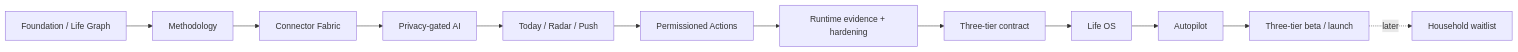
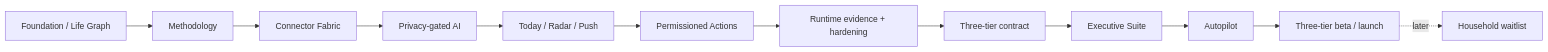
One commit to seq23/aplayer-mode changed the second of 2 diagrams in docs/README.md. Above: the diagram before and after it, drawn with Mermaid. The commit also changed other lines of this file and 47 other files, not shown here.

First line of the commit message:
Rename paid plans: Executive Roundtable, Executive Suite, Autopilot (ADR-0006)

````diff
--- a/docs/README.md
+++ b/docs/README.md
@@ -86,14 +87,14 @@
 ```mermaid
 flowchart LR
   BASE[Foundation / Life Graph] --> METHOD[Methodology]
   METHOD --> CONNECT[Connector Fabric]
   CONNECT --> AI[Privacy-gated AI]
   AI --> PROACTIVE[Today / Radar / Push]
   PROACTIVE --> ACTIONS[Permissioned Actions]
   ACTIONS --> PROOF[Runtime evidence + hardening]
   PROOF --> TIER[Three-tier contract]
-  TIER --> LIFE[Life OS]
+  TIER --> LIFE[Executive Suite]
   LIFE --> AUTO[Autopilot]
   AUTO --> BETA[Three-tier beta / launch]
   BETA -. later .-> HOUSE[Household waitlist]
 ```
````
